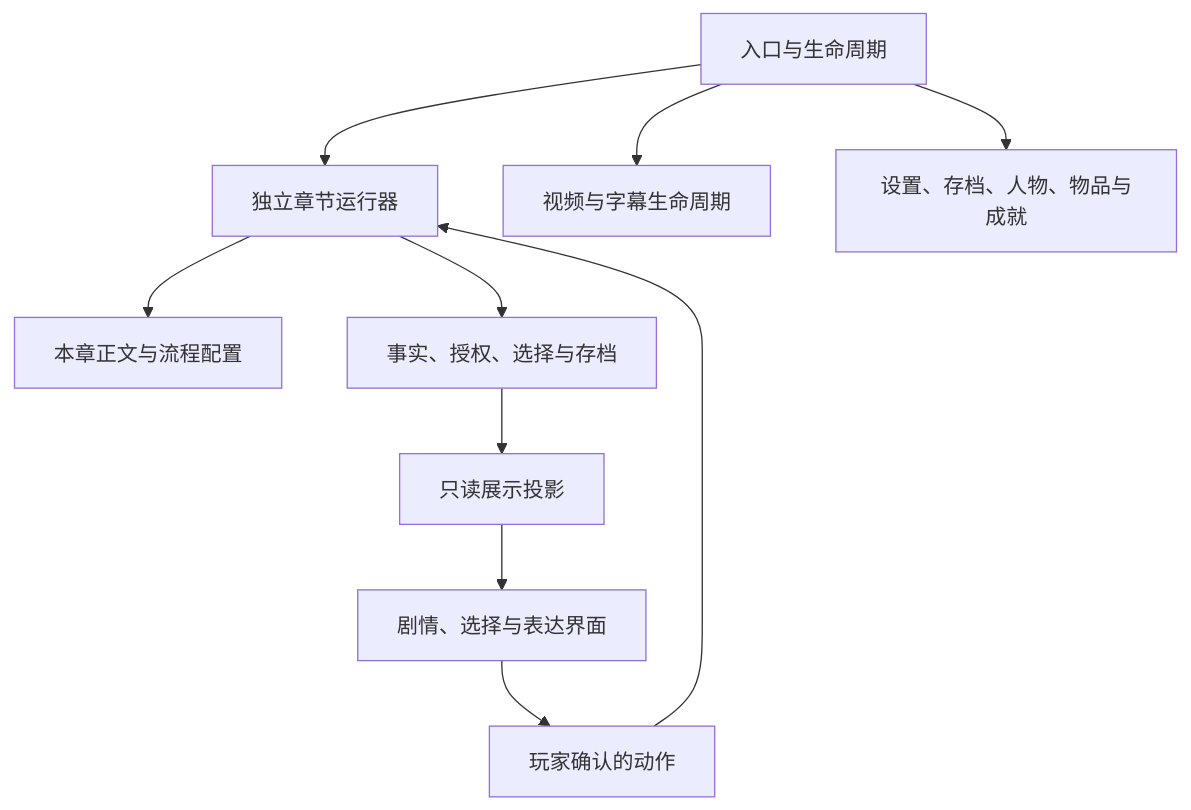
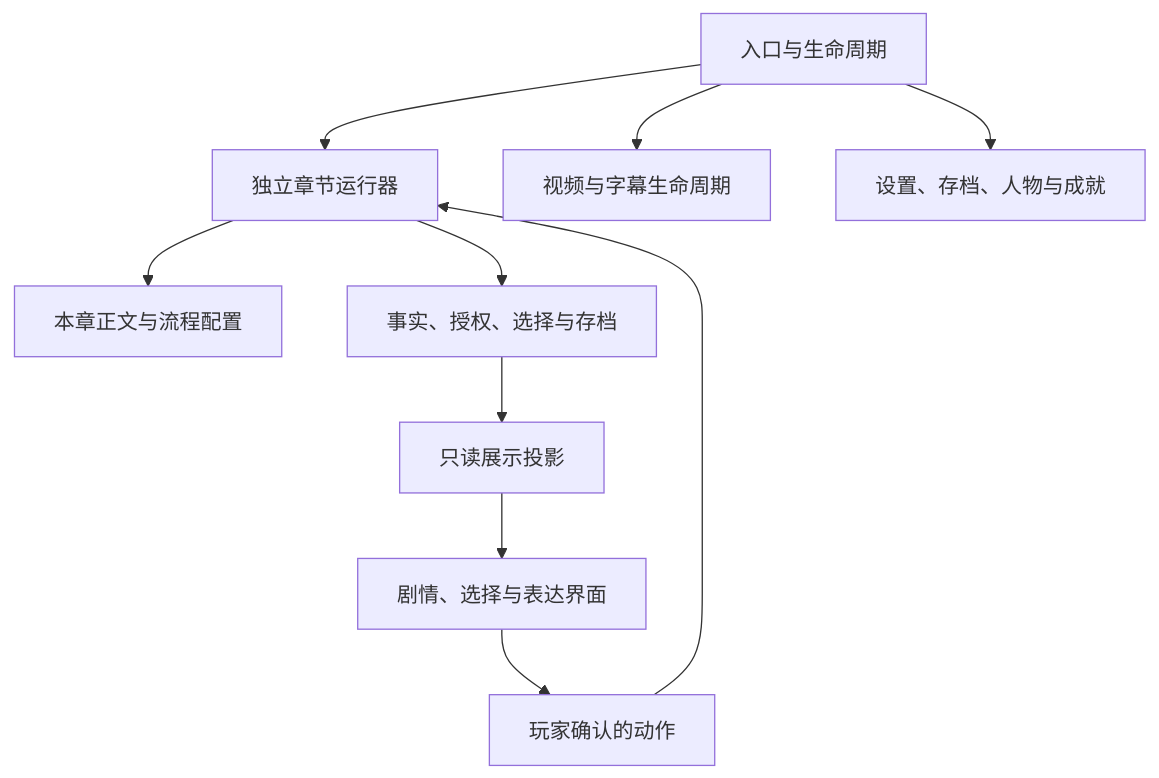
The diagram in docs/architecture/README.md (Sirui0124/wuzhangyuan-game), drawn with Mermaid before and after one commit. The commit also changed other lines of this file and 1419 other files, not shown here.

````diff
--- a/docs/architecture/README.md
+++ b/docs/architecture/README.md
@@ -7,12 +7,12 @@
 ```mermaid
 flowchart TD
   Entry[入口与生命周期] --> Chapter[独立章节运行器]
   Chapter --> Content[本章正文与流程配置]
   Chapter --> State[事实、授权、选择与存档]
   State --> Projection[只读展示投影]
   Projection --> View[剧情、选择与表达界面]
   View --> Action[玩家确认的动作]
   Action --> Chapter
   Entry --> Video[视频与字幕生命周期]
-  Entry --> Shared[设置、存档、人物、物品与成就]
+  Entry --> Shared[设置、存档、人物与成就]
 ```
````
